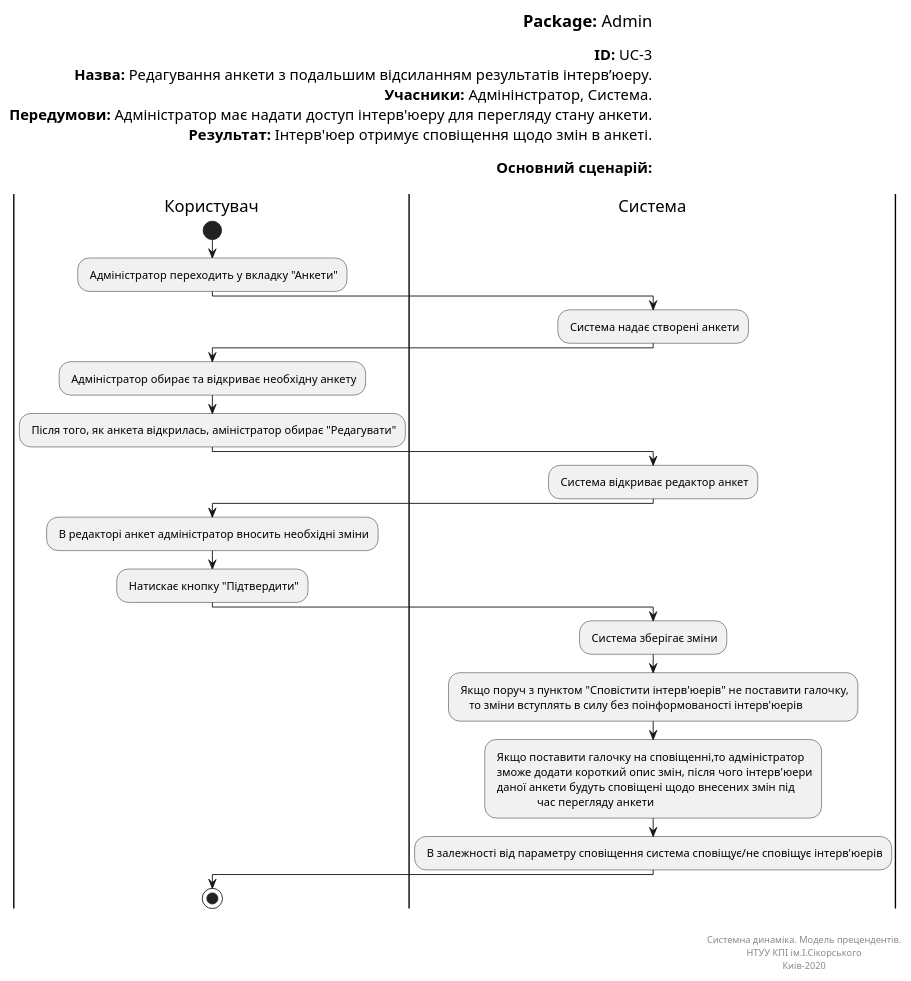
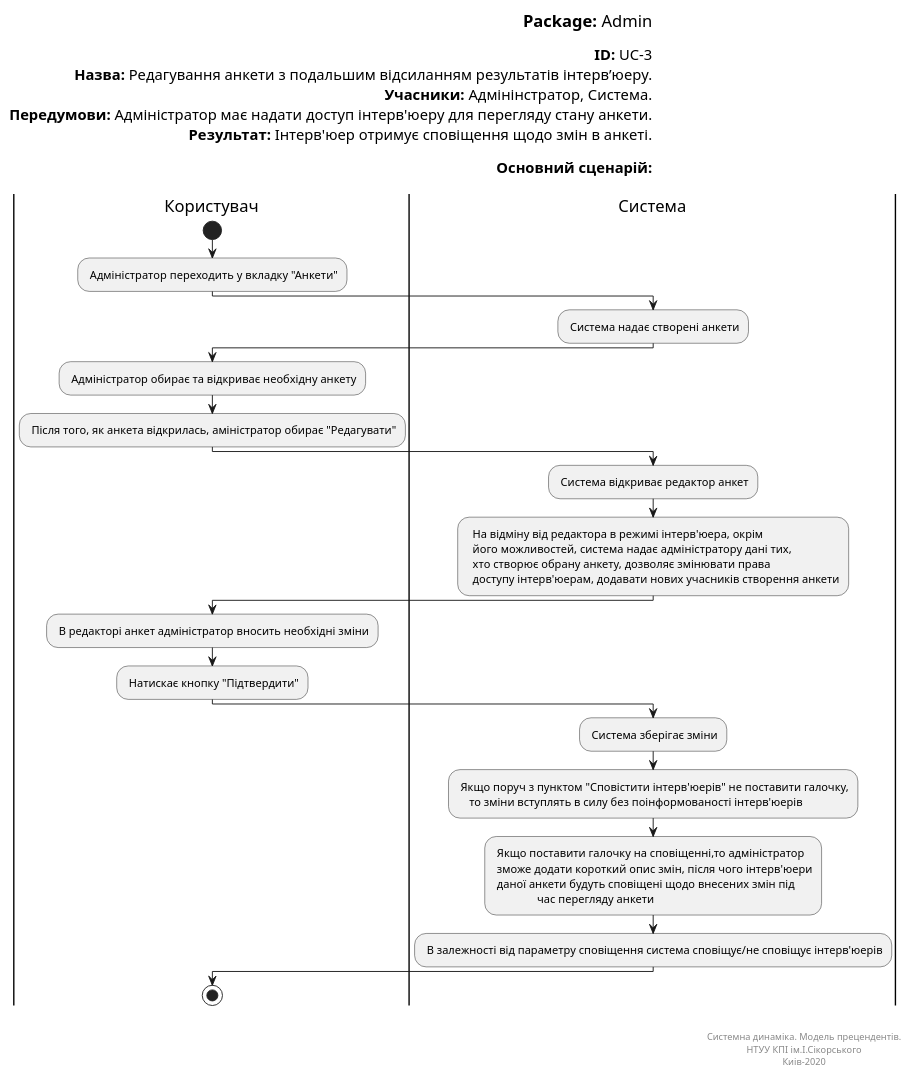
The diagram in Doc/UMLDiagrams/scenarios/admin/Diagrams/UML/UC3.pu (ip-85/System-Dynamics), drawn with PlantUML before and after one commit. The commit also changed 10 other files, not shown here.

```diff
--- a/Doc/UMLDiagrams/scenarios/admin/Diagrams/UML/UC3.pu
+++ b/Doc/UMLDiagrams/scenarios/admin/Diagrams/UML/UC3.pu
@@ -1,59 +1,64 @@
  @startuml Forms Editing
 left header
 <font color=000 size=18><b>Package:</b> Admin
 
 <font color=000 size=16><b>ID:</b> UC-3
 <font color=000 size=16><b>Назва:</b> Редагування анкети з подальшим відсиланням результатів інтерв’юеру.
 <font color=000 size=16><b>Учасники:</b> Адмінінстратор, Система.
 <font color=000 size=16><b>Передумови:</b> Адміністратор має надати доступ інтерв'юеру для перегляду стану анкети.
 <font color=000 size=16><b>Результат:</b> Інтерв'юер отримує сповіщення щодо змін в анкеті.
 
 <font color=000 size=16><b>Основний сценарій:</b>
 
 end header
 
 |Користувач|
 start
 : Адміністратор переходить у вкладку "Анкети";
 
 |Система|
 : Система надає створені анкети;
 
 |Користувач|
 : Адміністратор обирає та відкриває необхідну анкету;
 
 : Після того, як анкета відкрилась, аміністратор обирає "Редагувати";
 
 |Система|
 : Система відкриває редактор анкет;
+
+:  На відміну від редактора в режимі інтерв'юера, окрім
+   його можливостей, система надає адміністратору дані тих,
+   хто створює обрану анкету, дозволяє змінювати права
+   доступу інтерв'юерам, додавати нових учасників створення анкети;
 
 |Користувач|
 : В редакторі анкет адміністратор вносить необхідні зміни;
 
 : Натискає кнопку "Підтвердити";
 
 |Система|
 : Система зберігає зміни;
 
 : Якщо поруч з пунктом "Сповістити інтерв'юерів" не поставити галочку,
      то зміни вступлять в силу без поінформованості інтерв'юерів;
 
 : Якщо поставити галочку на сповіщенні,то адміністратор
   зможе додати короткий опис змін, після чого інтерв'юери
   даної анкети будуть сповіщені щодо внесених змін під
                 час перегляду анкети;
 
 : В залежності від параметру сповіщення система сповіщує/не сповіщує інтерв'юерів;
 
 |Користувач|
 stop;
 
 right footer
 
 
 Системна динаміка. Модель прецендентів.
 НТУУ КПІ ім.І.Сікорського
 Киів-2020
 end footer
 
 @enduml
```
